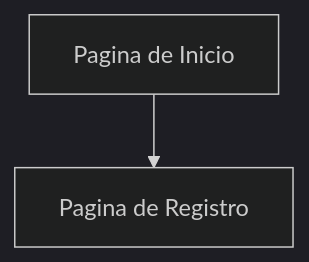
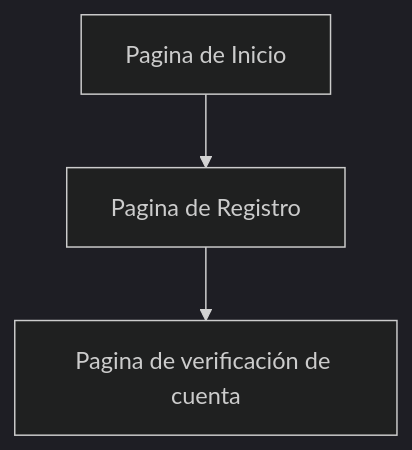
Before and after one commit to BryanMillon/Proyecto1_Grupo2: the diagram in Site map/Sitemap.mmd, drawn with Mermaid (dark theme). The commit also changed other lines of this file, not shown here.

Commit message:
Segundo cambio mermaid

```diff
--- a/Site map/Sitemap.mmd
+++ b/Site map/Sitemap.mmd
@@ -1,3 +1,5 @@
 graph TD;
 
 A[Pagina de Inicio] --> B[Pagina de Registro]
+
+B --> C[Pagina de verificación de cuenta]
```
